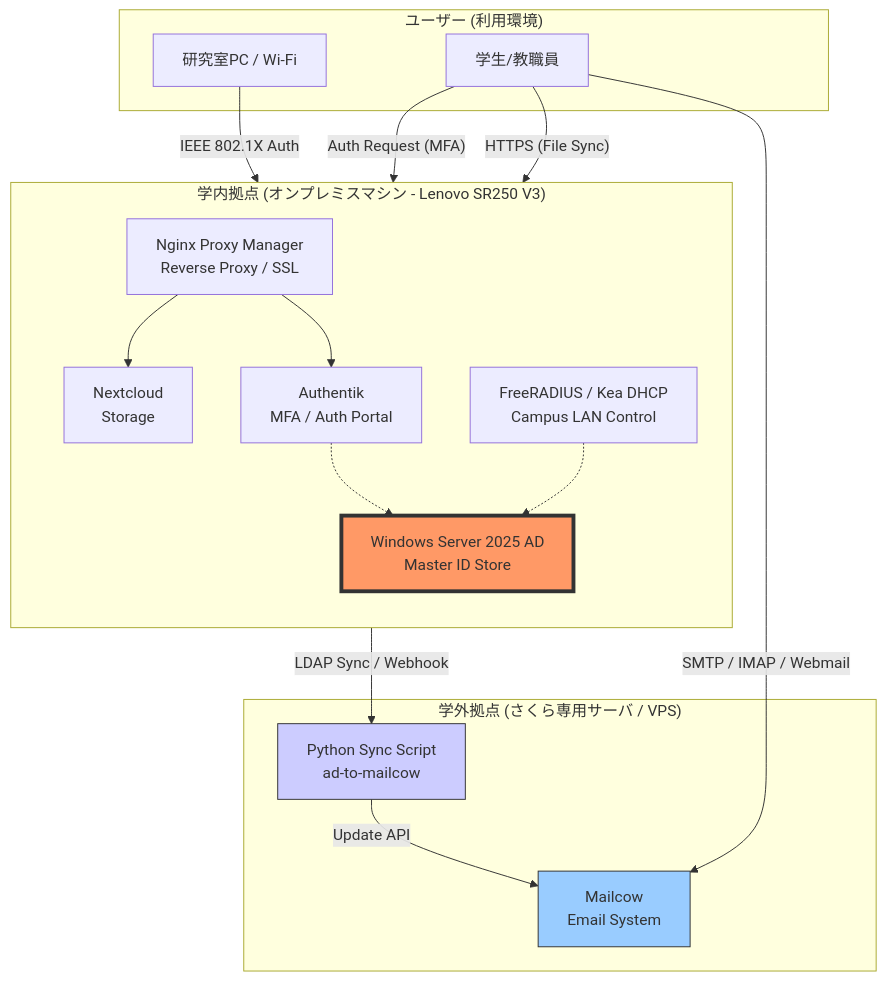
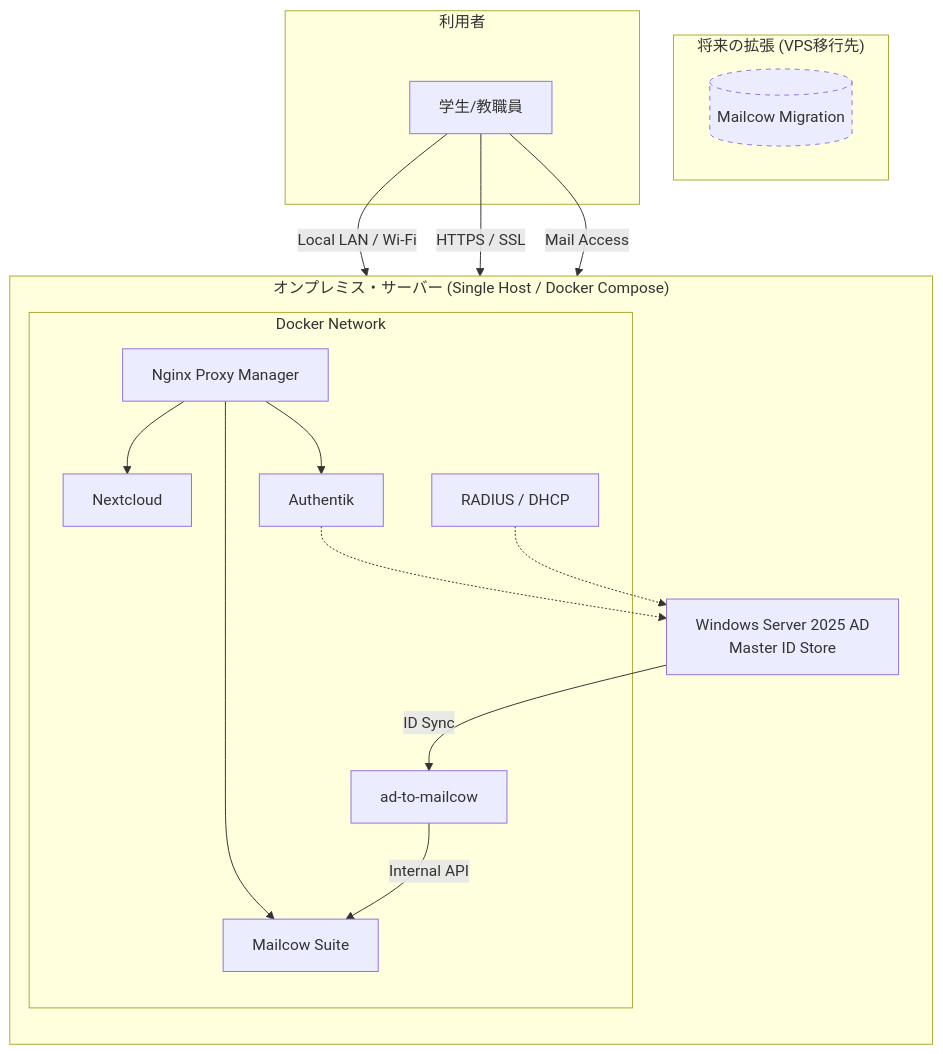
One commit to DA1735/math-infra changed the diagram in docs/CONCEPTUAL_DIAGRAM.md. Above: the diagram before and after it, drawn with Mermaid. The commit also changed 3 other files, not shown here.

````diff
--- a/docs/CONCEPTUAL_DIAGRAM.md
+++ b/docs/CONCEPTUAL_DIAGRAM.md
@@ -7,40 +7,37 @@
 ```mermaid
 graph TD
-    subgraph "学内拠点 (オンプレミスマシン - Lenovo SR250 V3)"
+    subgraph "オンプレミス・サーバー (Single Host / Docker Compose)"
         direction TB
         AD[Windows Server 2025 AD<br/>Master ID Store]
-        Nextcloud[Nextcloud<br/>Storage]
-        NPM[Nginx Proxy Manager<br/>Reverse Proxy / SSL]
-        Auth[Authentik<br/>MFA / Auth Portal]
-        RAD[FreeRADIUS / Kea DHCP<br/>Campus LAN Control]
+        
+        subgraph "Docker Network"
+            NPM[Nginx Proxy Manager]
+            Nextcloud[Nextcloud]
+            Mailcow[Mailcow Suite]
+            Auth[Authentik]
+            Sync[ad-to-mailcow]
+            LANSvc[RADIUS / DHCP]
+        end
         
         NPM --> Nextcloud
+        NPM --> Mailcow
         NPM --> Auth
         Auth -.-> AD
-        RAD -.-> AD
+        LANSvc -.-> AD
+        Sync -- "Internal API" --> Mailcow
+        AD -- "ID Sync" --> Sync
     end
 
-    subgraph "学外拠点 (さくら専用サーバ / VPS)"
-        Mailcow[Mailcow<br/>Email System]
-        SyncScript[Python Sync Script<br/>ad-to-mailcow]
+    subgraph "将来の拡張 (VPS移行先)"
+        VPS_Mail[(Mailcow Migration)]
+        style VPS_Mail stroke-dasharray: 5 5
     end
 
-    subgraph "ユーザー (利用環境)"
+    subgraph "利用者"
         User[学生/教職員]
-        PC[研究室PC / Wi-Fi]
     end
 
-    %% IDの同期フロー
-    AD -- "LDAP Sync / Webhook" --> SyncScript
-    SyncScript -- "Update API" --> Mailcow
-
-    %% アクセスフロー
-    PC -- "IEEE 802.1X Auth" --> RAD
-    User -- "Auth Request (MFA)" --> Auth
-    User -- "HTTPS (File Sync)" --> NPM
-    User -- "SMTP / IMAP / Webmail" --> Mailcow
-
-    style AD fill:#f96,stroke:#333,stroke-width:4px
-    style SyncScript fill:#ccf,stroke:#333
-    style Mailcow fill:#9cf,stroke:#333
+    User -- "Local LAN / Wi-Fi" --> LANSvc
+    User -- "HTTPS / SSL" --> NPM
+    User -- "Mail Access" --> NPM
 ```
````
